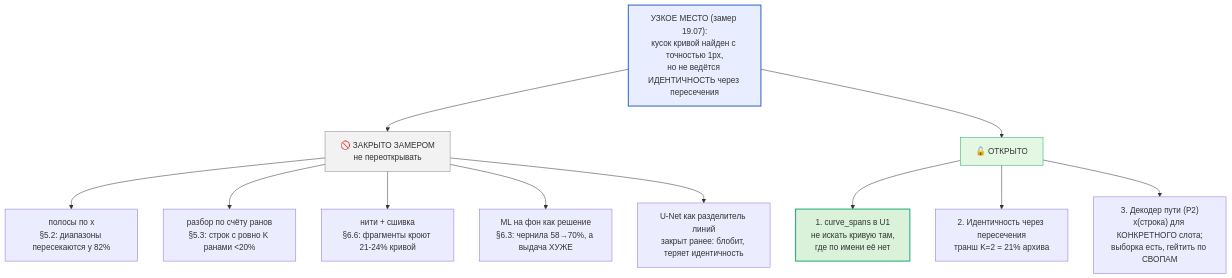
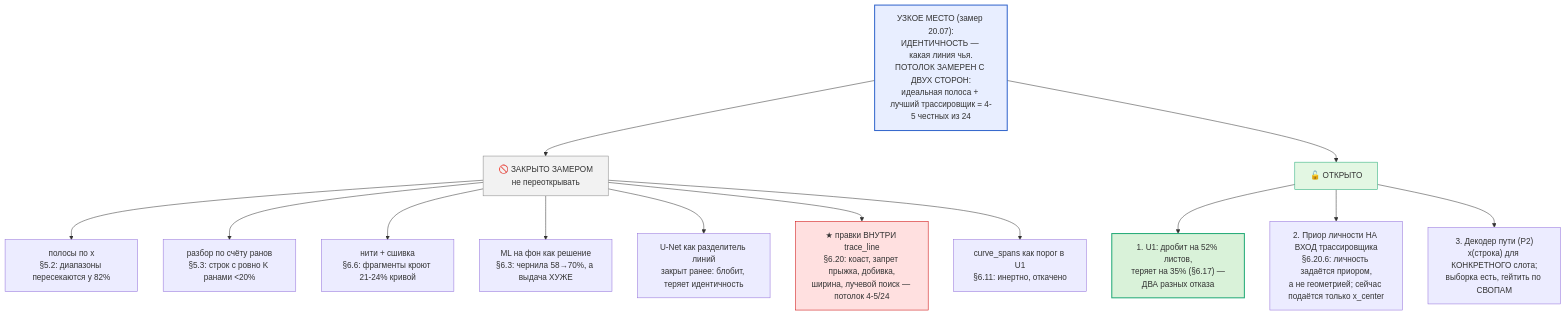
One commit to Defou1t/CarrotageAuto changed the third of 4 diagrams in ROADMAP_RECOGNITION.md. Above: the diagram before and after it, drawn with Mermaid. The commit also changed other lines of this file, not shown here.

First line of the commit message:
ROADMAP §6.20: потолок трассировщика замерен С ДВУХ СТОРОН — правки в trace_line закрыты

````diff
--- a/ROADMAP_RECOGNITION.md
+++ b/ROADMAP_RECOGNITION.md
@@ -53,22 +53,25 @@
 ```mermaid
 flowchart TB
-    ROOT["УЗКОЕ МЕСТО (замер 19.07):<br/>кусок кривой найден с точностью 1px,<br/>но не ведётся ИДЕНТИЧНОСТЬ через пересечения"]
+    ROOT["УЗКОЕ МЕСТО (замер 20.07):<br/>ИДЕНТИЧНОСТЬ — какая линия чья.<br/>ПОТОЛОК ЗАМЕРЕН С ДВУХ СТОРОН:<br/>идеальная полоса + лучший трассировщик = 4-5 честных из 24"]
 
     ROOT --> CLOSED["🚫 ЗАКРЫТО ЗАМЕРОМ<br/>не переоткрывать"]
     ROOT --> OPEN["🔓 ОТКРЫТО"]
 
     CLOSED --> C1["полосы по x<br/>§5.2: диапазоны пересекаются у 82%"]
     CLOSED --> C2["разбор по счёту ранов<br/>§5.3: строк с ровно K ранами <20%"]
     CLOSED --> C3["нити + сшивка<br/>§6.6: фрагменты кроют 21-24% кривой"]
     CLOSED --> C4["ML на фон как решение<br/>§6.3: чернила 58→70%, а выдача ХУЖЕ"]
     CLOSED --> C5["U-Net как разделитель линий<br/>закрыт ранее: блобит, теряет идентичность"]
+    CLOSED --> C6["★ правки ВНУТРИ trace_line<br/>§6.20: коаст, запрет прыжка, добивка,<br/>ширина, лучевой поиск — потолок 4-5/24"]
+    CLOSED --> C7["curve_spans как порог в U1<br/>§6.11: инертно, откачено"]
 
-    OPEN --> O1["1. curve_spans в U1<br/>не искать кривую там,<br/>где по имени её нет"]
-    OPEN --> O2["2. Идентичность через пересечения<br/>транш K=2 = 21% архива"]
+    OPEN --> O2["1. U1: дробит на 52% листов,<br/>теряет на 35% (§6.17) —<br/>ДВА разных отказа"]
+    OPEN --> O1["2. Приор личности НА ВХОД трассировщика<br/>§6.20.6: личность задаётся приором,<br/>а не геометрией; сейчас подаётся только x_center"]
     OPEN --> O3["3. Декодер пути (P2)<br/>x(строка) для КОНКРЕТНОГО слота;<br/>выборка есть, гейтить по СВОПАМ"]
 
     style ROOT fill:#e8eeff,stroke:#36c,stroke-width:2px
     style CLOSED fill:#f2f2f2,stroke:#888
     style OPEN fill:#e3f7e3,stroke:#2a7
-    style O1 fill:#d9f2d9,stroke:#2a7,stroke-width:2px
+    style C6 fill:#ffe0e0,stroke:#c00
+    style O2 fill:#d9f2d9,stroke:#2a7,stroke-width:2px
 ```
````
